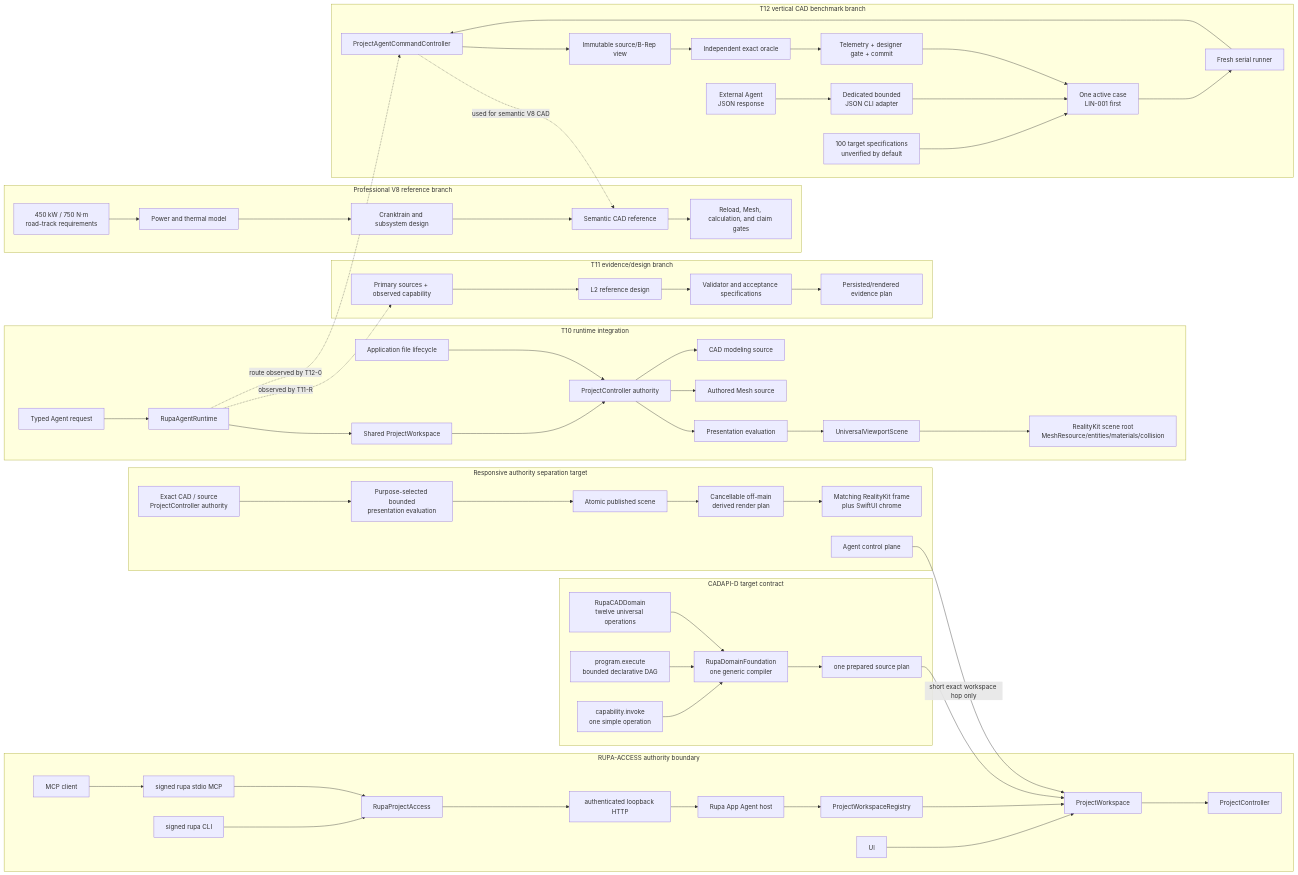
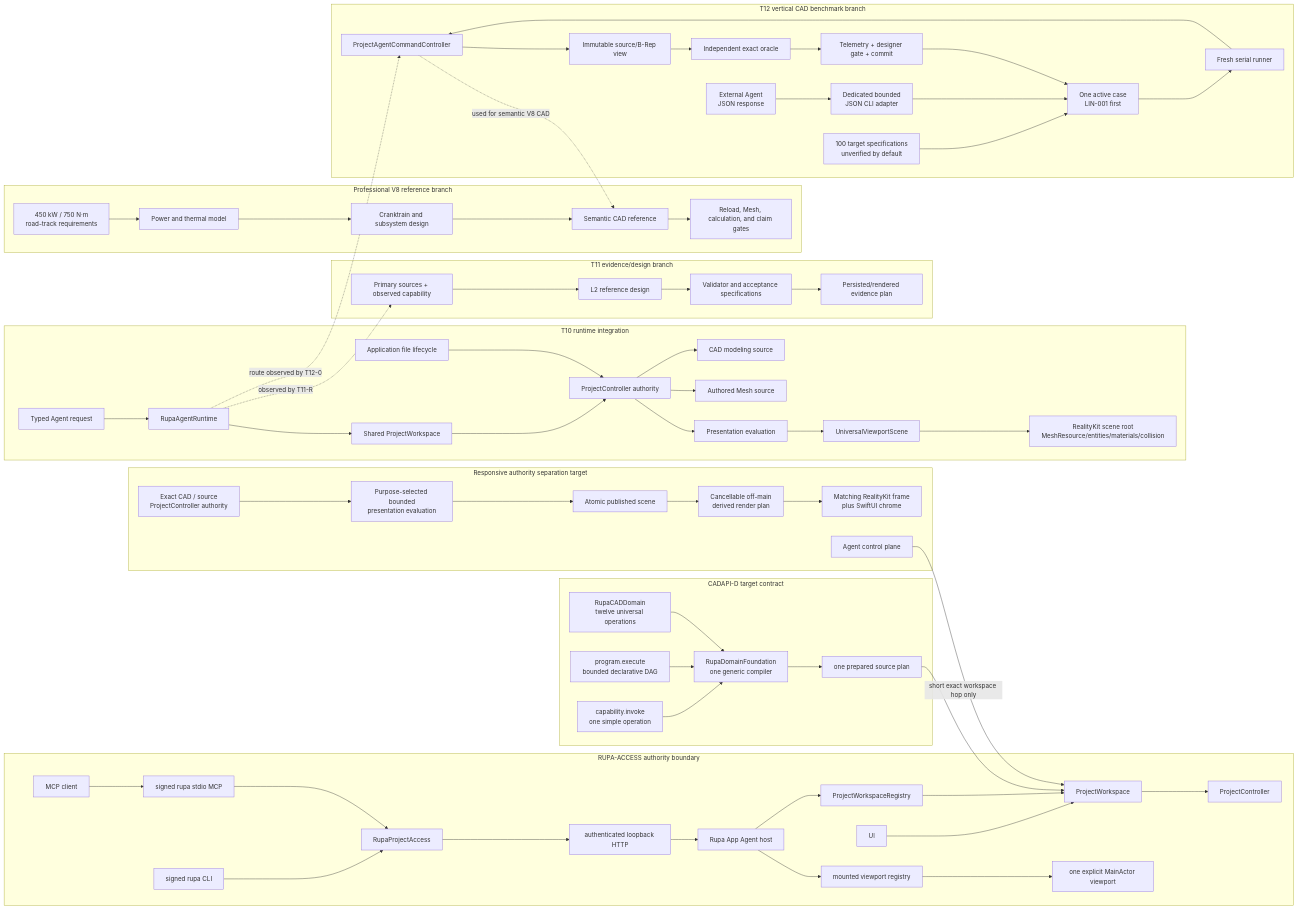
The first of 4 diagrams in DESIGN.md (1amageek/Rupa), drawn with Mermaid before and after one commit. The commit also changed other lines of this file and 102 other files, not shown here.

````diff
--- a/DESIGN.md
+++ b/DESIGN.md
@@ -132,64 +137,66 @@
 ```mermaid
 flowchart LR
     subgraph Access["RUPA-ACCESS authority boundary"]
         UIAccess["UI"] --> WorkspaceAuthority["ProjectWorkspace"]
         CLIAccess["signed rupa CLI"] --> AccessAPI
         MCPClient["MCP client"] --> MCPAccess["signed rupa stdio MCP"]
         MCPAccess --> AccessAPI
         AccessAPI["RupaProjectAccess"] --> LiveAdapter["authenticated loopback HTTP"]
         LiveAdapter --> AppHost["Rupa App Agent host"]
         AppHost --> WorkspaceRegistry["ProjectWorkspaceRegistry"]
         WorkspaceRegistry --> WorkspaceAuthority
+        AppHost --> ViewportRegistry["mounted viewport registry"]
+        ViewportRegistry --> ViewportState["one explicit MainActor viewport"]
         WorkspaceAuthority --> ControllerAuthority["ProjectController"]
     end
     subgraph T10["T10 runtime integration"]
         Agent["Typed Agent request"] --> Runtime["RupaAgentRuntime"]
         Runtime --> Workspace["Shared ProjectWorkspace"]
         Workspace --> Project["ProjectController authority"]
         Project --> CAD["CAD modeling source"]
         Project --> Mesh["Authored Mesh source"]
         Project --> Eval["Presentation evaluation"]
         Eval --> Scene["UniversalViewportScene"]
         Scene --> Render["RealityKit scene root\nMeshResource/entities/materials/collision"]
         App["Application file lifecycle"] --> Project
     end
     subgraph CADAPI["CADAPI-D target contract"]
         Direct["capability.invoke\none simple operation"] --> Semantic["RupaDomainFoundation\none generic compiler"]
         Program["program.execute\nbounded declarative DAG"] --> Semantic
         CADRegistry["RupaCADDomain\ntwelve universal operations"] --> Semantic
         Semantic --> Prepared["one prepared source plan"]
         Prepared --> WorkspaceAuthority
     end
     subgraph T11["T11 evidence/design branch"]
         Sources["Primary sources + observed capability"] --> Reference["L2 reference design"]
         Reference --> Acceptance["Validator and acceptance specifications"]
         Acceptance --> ArtifactEvidence["Persisted/rendered evidence plan"]
     end
     subgraph T12["T12 vertical CAD benchmark branch"]
         Challenge["100 target specifications\nunverified by default"] --> Active["One active case\nLIN-001 first"]
         External["External Agent\nJSON response"] --> Adapter["Dedicated bounded\nJSON CLI adapter"]
         Adapter --> Active
         Active --> Runner["Fresh serial runner"]
         Runner --> AgentRoute["ProjectAgentCommandController"]
         AgentRoute --> SourceSnapshot["Immutable source/B-Rep view"]
         SourceSnapshot --> Oracle["Independent exact oracle"]
         Oracle --> Gate["Telemetry + designer gate + commit"]
         Gate --> Active
     end
     subgraph V8["Professional V8 reference branch"]
         V8Req["450 kW / 750 N·m\nroad-track requirements"] --> V8Thermal["Power and thermal model"]
         V8Thermal --> V8Mechanical["Cranktrain and subsystem design"]
         V8Mechanical --> V8CAD["Semantic CAD reference"]
         V8CAD --> V8Evidence["Reload, Mesh, calculation, and claim gates"]
     end
     subgraph Responsive["Responsive authority separation target"]
         Exact["Exact CAD / source\nProjectController authority"] --> Bounded["Purpose-selected bounded\npresentation evaluation"]
         Bounded --> Published["Atomic published scene"]
         Published --> Derived["Cancellable off-main\nderived render plan"]
         Derived --> Main["Matching RealityKit frame\nplus SwiftUI chrome"]
         Control["Agent control plane"] -->|short exact workspace hop only| WorkspaceAuthority
     end
     Runtime -. "observed by T11-R" .-> Sources
     Runtime -. "route observed by T12-0" .-> AgentRoute
     AgentRoute -. "used for semantic V8 CAD" .-> V8CAD
 ```
````
